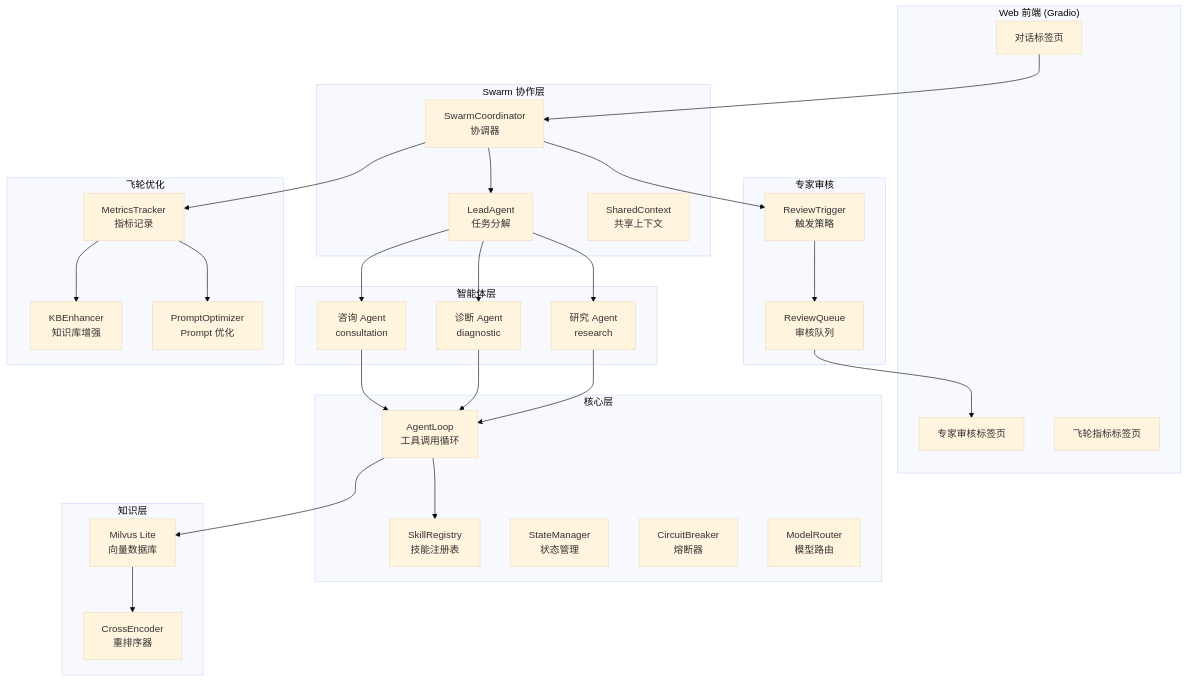
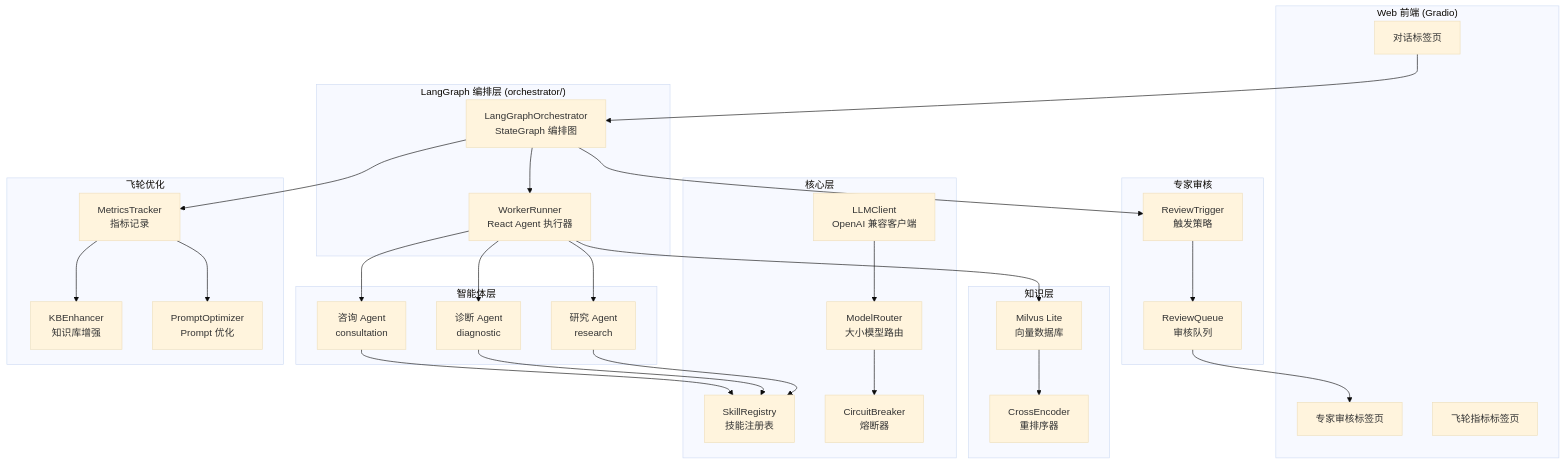
Before and after one commit to Cecil09312/medicalAgent: the first of 5 diagrams in medicalAgent/README.md, drawn with Mermaid (base theme). The commit also changed other lines of this file and 46 other files, not shown here.

````diff
--- a/medicalAgent/README.md
+++ b/medicalAgent/README.md
@@ -20,58 +21,57 @@
 ```mermaid
 graph TB
     subgraph Web["Web 前端 (Gradio)"]
         CHAT[对话标签页]
         REVIEW[专家审核标签页]
         METRICS[飞轮指标标签页]
     end
 
-    subgraph Swarm["Swarm 协作层"]
-        COORD[SwarmCoordinator<br/>协调器]
-        LEAD[LeadAgent<br/>任务分解]
-        CTX[SharedContext<br/>共享上下文]
+    subgraph Orchestrator["LangGraph 编排层 (orchestrator/)"]
+        GRAPH[LangGraphOrchestrator<br/>StateGraph 编排图]
+        RUNNER[WorkerRunner<br/>React Agent 执行器]
     end
 
     subgraph Agents["智能体层"]
         CA[咨询 Agent<br/>consultation]
         DA[诊断 Agent<br/>diagnostic]
         RA[研究 Agent<br/>research]
     end
 
     subgraph Core["核心层"]
-        LOOP[AgentLoop<br/>工具调用循环]
+        LLM[LLMClient<br/>OpenAI 兼容客户端]
         REG[SkillRegistry<br/>技能注册表]
-        SM[StateManager<br/>状态管理]
         CB[CircuitBreaker<br/>熔断器]
-        ROUTER[ModelRouter<br/>模型路由]
+        ROUTER[ModelRouter<br/>大小模型路由]
     end
 
     subgraph Knowledge["知识层"]
         KB[Milvus Lite<br/>向量数据库]
         RERANK[CrossEncoder<br/>重排序器]
     end
 
     subgraph Review["专家审核"]
         QUEUE[ReviewQueue<br/>审核队列]
         TRIGGER[ReviewTrigger<br/>触发策略]
     end
 
     subgraph Flywheel["飞轮优化"]
         TRK[MetricsTracker<br/>指标记录]
         ENH[KBEnhancer<br/>知识库增强]
         OPT[PromptOptimizer<br/>Prompt 优化]
     end
 
-    CHAT --> COORD
-    COORD --> LEAD
-    LEAD --> CA & DA & RA
-    CA & DA & RA --> LOOP
-    LOOP --> REG
-    LOOP --> KB
+    CHAT --> GRAPH
+    GRAPH --> RUNNER
+    RUNNER --> CA & DA & RA
+    CA & DA & RA --> REG
+    RUNNER --> KB
     KB --> RERANK
-    COORD --> TRIGGER
+    LLM --> ROUTER
+    ROUTER --> CB
+    GRAPH --> TRIGGER
     TRIGGER --> QUEUE
     QUEUE --> REVIEW
-    COORD --> TRK
+    GRAPH --> TRK
     TRK --> ENH
     TRK --> OPT
 ```
````
